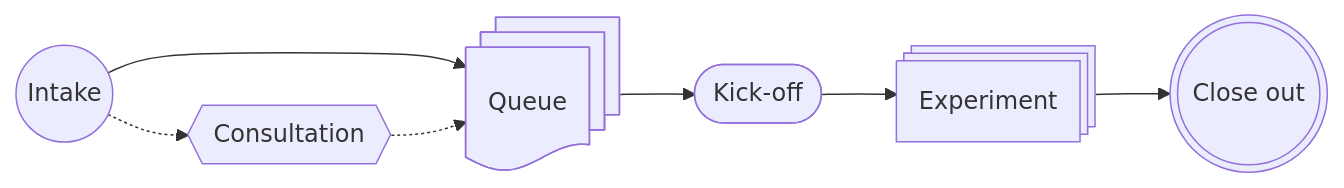
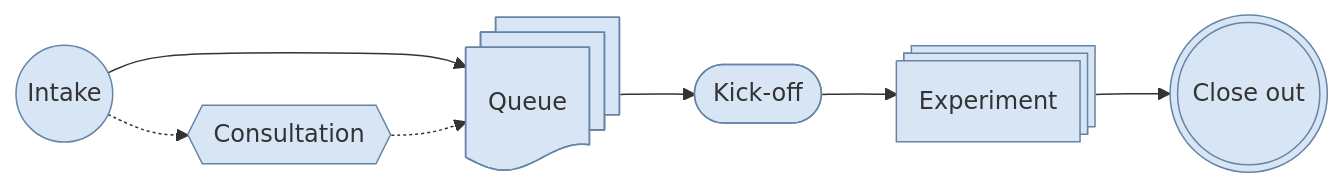
The diagram in content/en/services/experimentation.md (gccloudone-launchpad/launchpad-dev.github.io), drawn with Mermaid before and after one commit.

Commit message:
Update styling of mermaid diagram

````diff
--- a/content/en/services/experimentation.md
+++ b/content/en/services/experimentation.md
@@ -18,16 +18,19 @@
 ```mermaid
 flowchart LR
+
+    classDef default fill:#D7E5F5,stroke:#6584A6;
+
     kickoff@{ shape: stadium, label: "Kick-off" }
     intake@{ shape: circle, label: "Intake" }
     consultation@{ shape: hex, label: "Consultation" }
     queue@{ shape: docs, label: "Queue" }
     experiment@{shape: processes, label: "Experiment" }
     closeout@{ shape: dbl-circ, label: "Close out" }
 
     intake -.-> consultation
     intake --> queue
     consultation -.-> queue
     queue --> kickoff
     kickoff --> experiment
     experiment --> closeout
 ```
````
